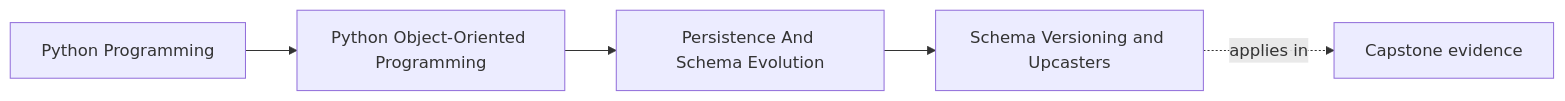
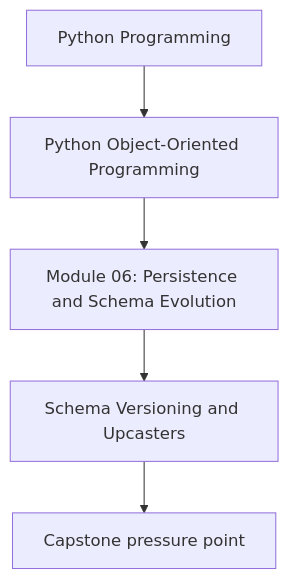
The first of 2 diagrams in programs/python-programming/python-object-oriented-programming/course-book/module-06-persistence-and-schema-evolution/schema-versioning-and-upcasters.md (bijux/bijux-masterclass), drawn with Mermaid before and after one commit. The commit also changed other lines of this file and 107 other files, not shown here.

Commit message:
docs(python-object-oriented-programming): align concept page diagrams

````diff
--- a/programs/python-programming/python-object-oriented-programming/course-book/module-06-persistence-and-schema-evolution/schema-versioning-and-upcasters.md
+++ b/programs/python-programming/python-object-oriented-programming/course-book/module-06-persistence-and-schema-evolution/schema-versioning-and-upcasters.md
@@ -7,11 +7,7 @@
 ```mermaid
-graph LR
-  family["Python Programming"]
-  program["Python Object-Oriented Programming"]
-  section["Persistence And Schema Evolution"]
-  page["Schema Versioning and Upcasters"]
-  capstone["Capstone evidence"]
-
-  family --> program --> section --> page
-  page -.applies in.-> capstone
+flowchart TD
+  family["Python Programming"] --> program["Python Object-Oriented Programming"]
+  program --> module["Module 06: Persistence and Schema Evolution"]
+  module --> concept["Schema Versioning and Upcasters"]
+  concept --> capstone["Capstone pressure point"]
 ```
````
